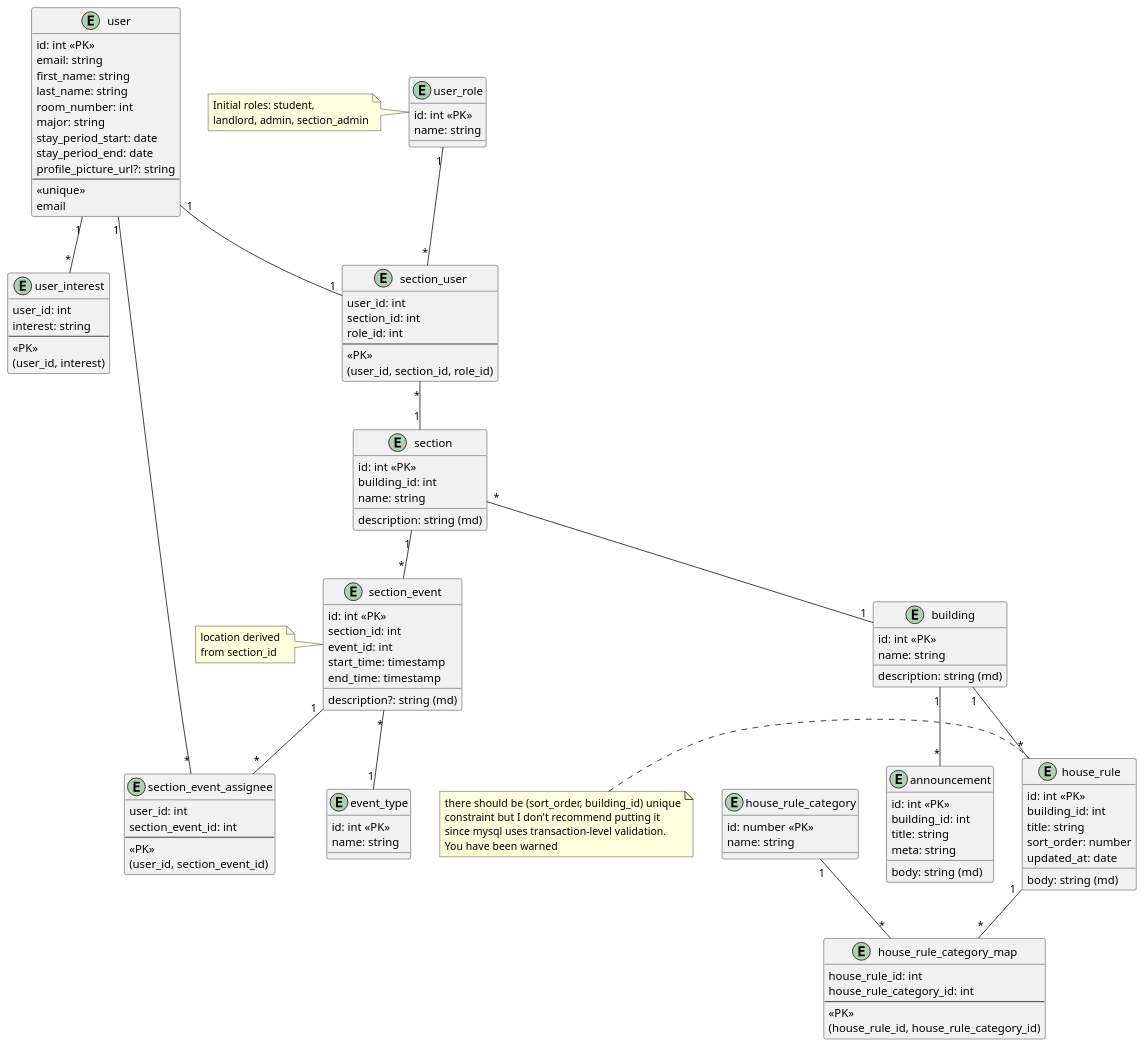
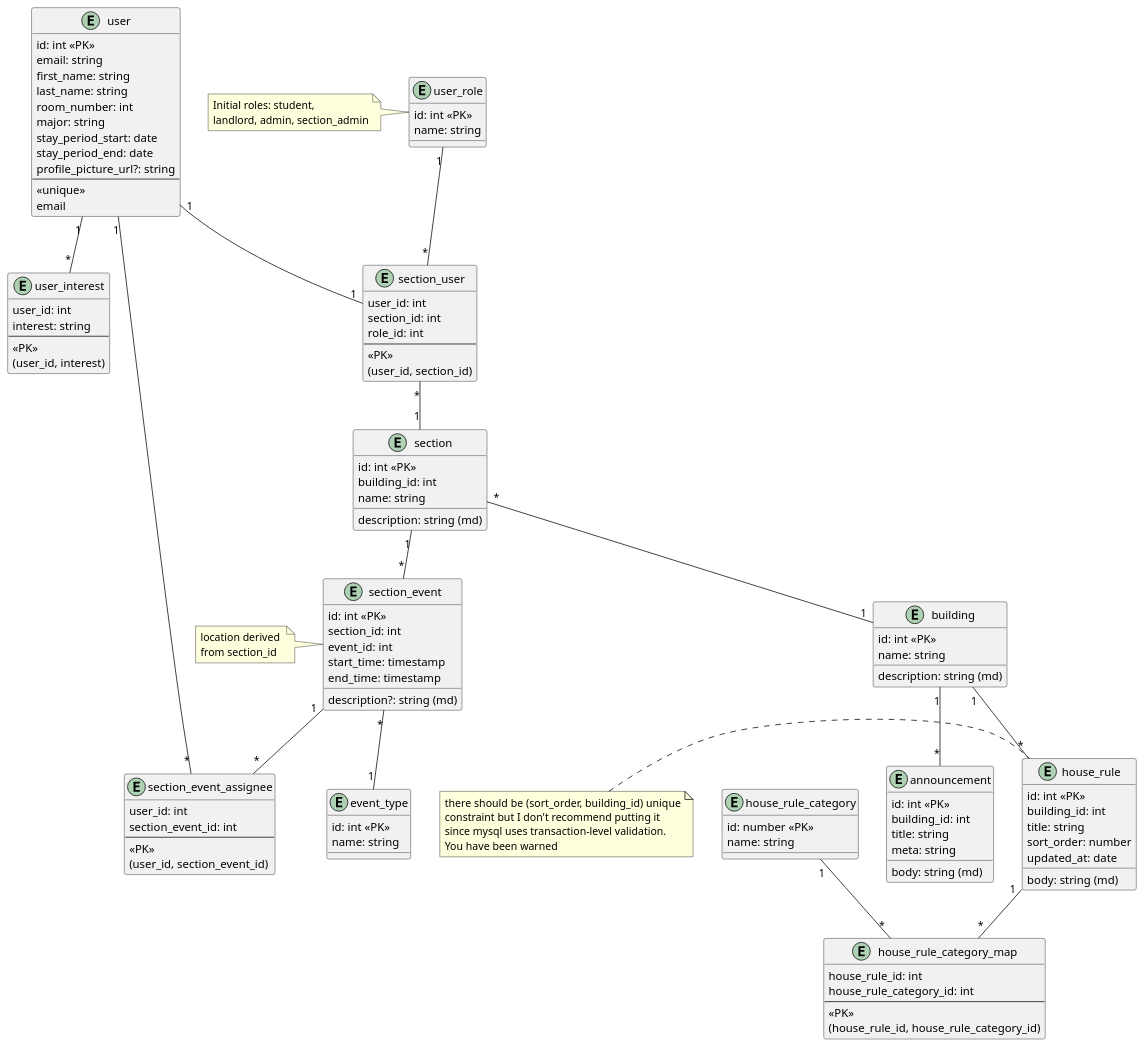
The diagram in schema.puml (ellenvii/sweden-fullstack-group-project), drawn with PlantUML before and after one commit. The commit also changed 53 other files, not shown here.

```diff
--- a/schema.puml
+++ b/schema.puml
@@ -1,138 +1,138 @@
 @startuml
 
 entity user {
     id: int <<PK>>
     email: string
     first_name: string
     last_name: string
     room_number: int
     major: string
     stay_period_start: date
     stay_period_end: date
     profile_picture_url?: string
     ---
     <<unique>>
     email
 }
 ' Perhaps move room_number, stay_period_start and stay_period_end 
 ' to section_user since it makes more sense there?
 
 entity user_interest {
    user_id: int
    interest: string
    ---
    <<PK>>
    (user_id, interest)
 }
 
 entity section_user {
-    user_id: int
+    user_id: int 
     section_id: int
     role_id: int
     ---
     <<PK>>
-    (user_id, section_id, role_id)
+    (user_id, section_id)
 }
 
 entity building {
     id: int <<PK>>
     name: string
     description: string (md)
 }
 
 entity section {
     id: int <<PK>>
     building_id: int
     name: string
     description: string (md)
 }
 
 entity announcement {
     id: int <<PK>>
     building_id: int
     title: string
     meta: string
     body: string (md)
 }
 
 entity section_event {
     id: int <<PK>>
     section_id: int
     event_id: int
     description?: string (md)
     start_time: timestamp
     end_time: timestamp
 }
 
 note left of section_event
    location derived 
    from section_id
 end note
 
 entity event_type {
     id: int <<PK>>
     name: string
 }
 
 entity user_role {
    id: int <<PK>>
    name: string
 }
 
 note left of user_role
    Initial roles: student, 
    landlord, admin, section_admin
 end note
 
 entity house_rule {
     id: int <<PK>>
     building_id: int
     title: string
     body: string (md)
     sort_order: number
     updated_at: date
 }
 
 note left of house_rule
    there should be (sort_order, building_id) unique
    constraint but I don't recommend putting it
    since mysql uses transaction-level validation.
    You have been warned
 end note
 
 entity house_rule_category_map {
    house_rule_id: int
    house_rule_category_id: int
    ---
    <<PK>>
    (house_rule_id, house_rule_category_id)
 }
 
 entity house_rule_category {
     id: number <<PK>>
     name: string
 }
 
 entity section_event_assignee {
    user_id: int
    section_event_id: int
    ---
    <<PK>>
    (user_id, section_event_id)
 }
 
 user "1" -- "1" section_user
 user "1" -- "*" user_interest
 user "1" -- "*" section_event_assignee
 user_role "1" -- "*" section_user
 section_user "*" -- "1" section
 section "1" -- "*" section_event
 section "*" -- "1" building
 section_event "*" -- "1" event_type
 section_event "1" -- "*" section_event_assignee
 building "1" -- "*" announcement
 building "1" -- "*" house_rule
 house_rule "1" -- "*" house_rule_category_map
 house_rule_category "1" -- "*" house_rule_category_map
 
 @enduml
```
